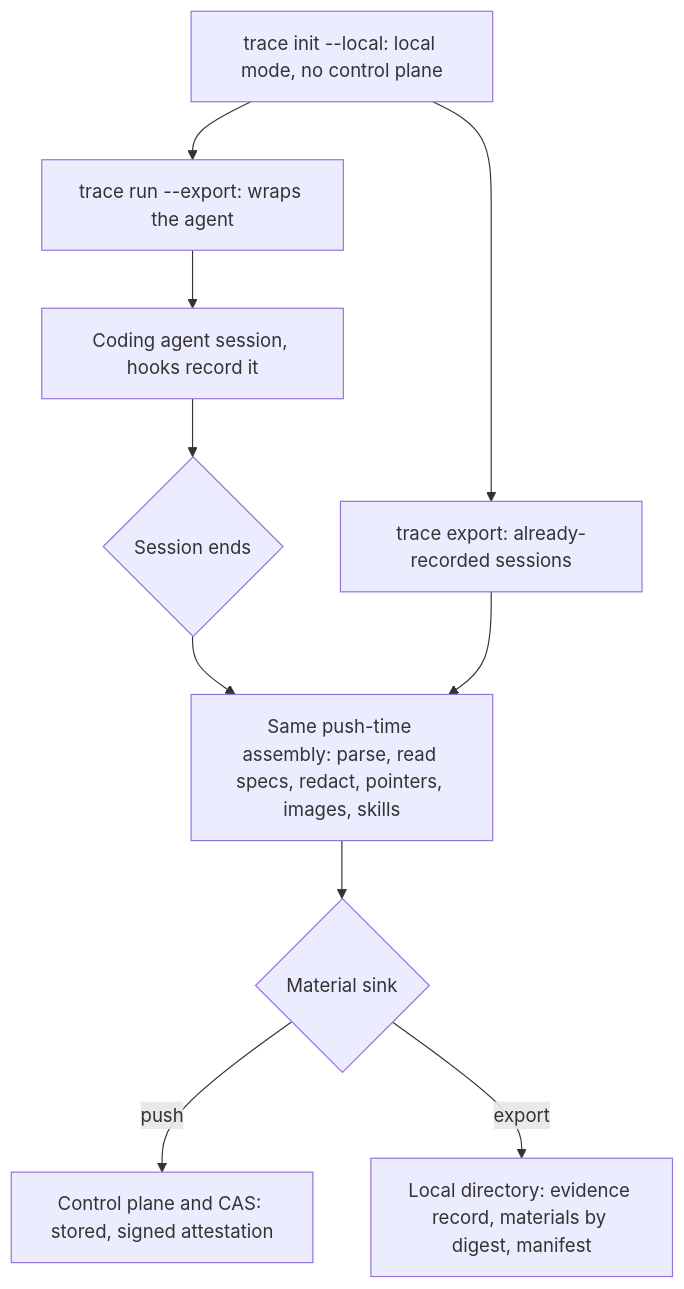
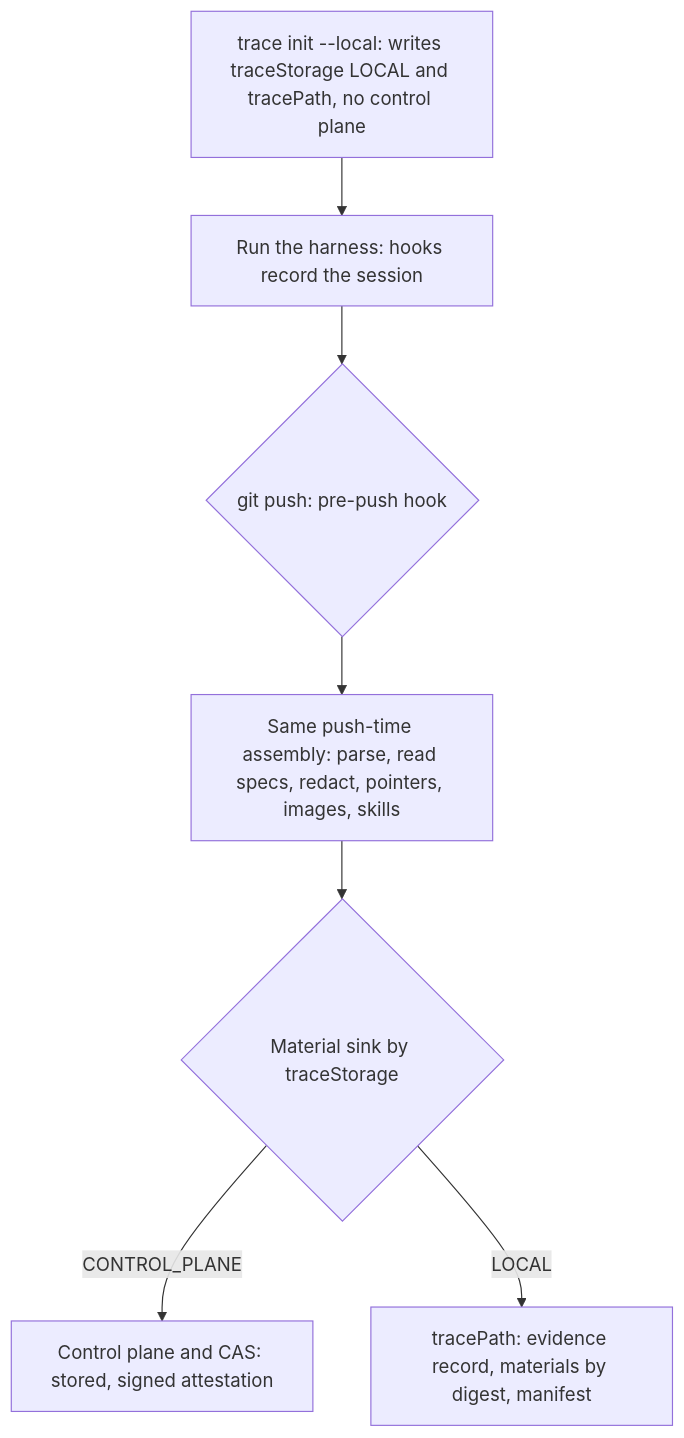
Before and after one commit to chainloop-dev/chainloop: the diagram in docs/specs/issue-3582-trace-evidence-export.md, drawn with Mermaid. The commit also changed other lines of this file, not shown here.

First line of the commit message:
spec: issue-3582 reframe to local trace mode

````diff
--- a/docs/specs/issue-3582-trace-evidence-export.md
+++ b/docs/specs/issue-3582-trace-evidence-export.md
@@ -102,12 +107,9 @@
 ```mermaid
 flowchart TD
-    Init[trace init --local: local mode, no control plane] --> Run[trace run --export: wraps the agent]
-    Init --> Export[trace export: already-recorded sessions]
-    Run --> Session[Coding agent session, hooks record it]
-    Session --> End{Session ends}
-    End --> Assembly[Same push-time assembly: parse, read specs, redact, pointers, images, skills]
-    Export --> Assembly
-    Assembly --> Sink{Material sink}
-    Sink -->|push| Backend[Control plane and CAS: stored, signed attestation]
-    Sink -->|export| Disk[Local directory: evidence record, materials by digest, manifest]
+    Init[trace init --local: writes traceStorage LOCAL and tracePath, no control plane] --> Harness[Run the harness: hooks record the session]
+    Harness --> Push{git push: pre-push hook}
+    Push --> Assembly[Same push-time assembly: parse, read specs, redact, pointers, images, skills]
+    Assembly --> Sink{Material sink by traceStorage}
+    Sink -->|CONTROL_PLANE| Backend[Control plane and CAS: stored, signed attestation]
+    Sink -->|LOCAL| Disk[tracePath: evidence record, materials by digest, manifest]
 ```
````
